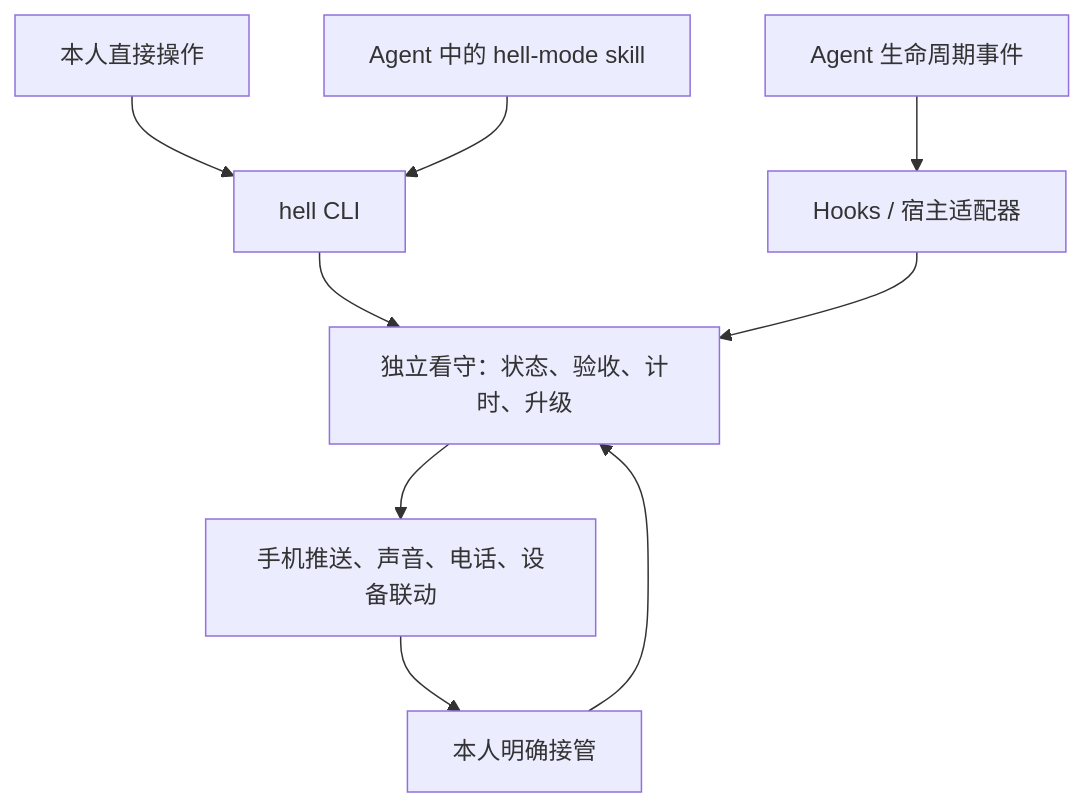
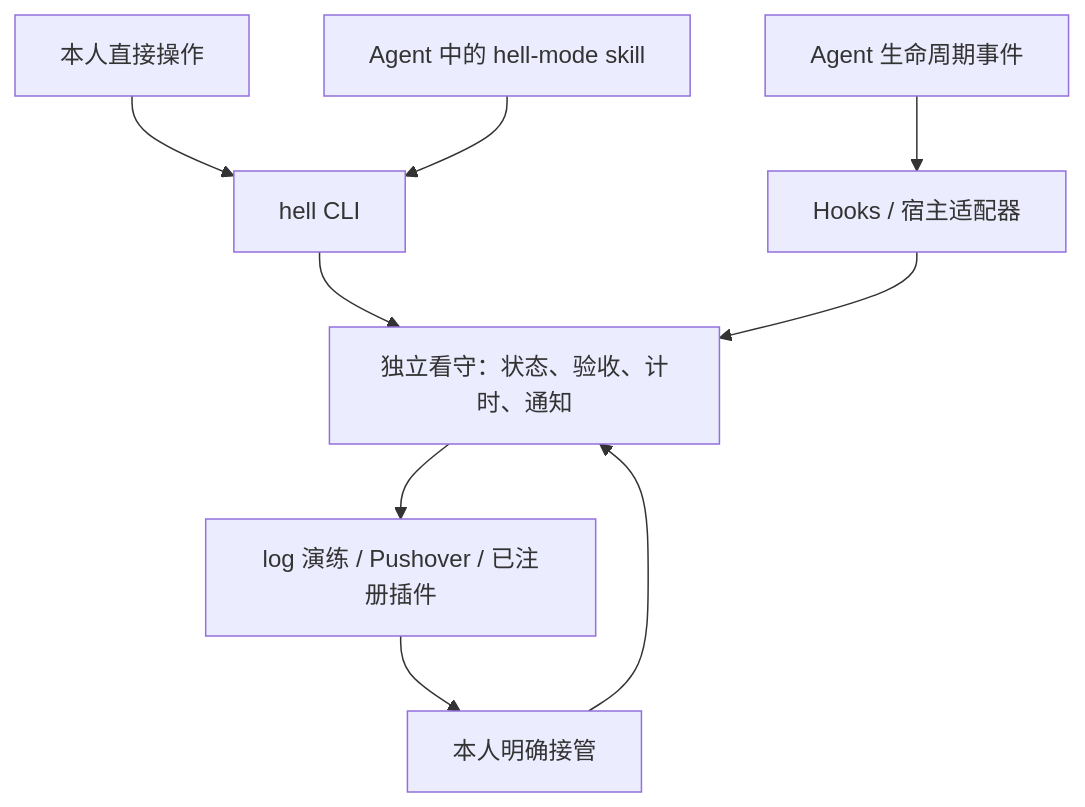
One commit to dszdsxc19/hell-mode changed the diagram in README.md. Above: the diagram before and after it, drawn with Mermaid. The commit also changed other lines of this file and 7 other files, not shown here.

````diff
--- a/README.md
+++ b/README.md
@@ -106,11 +77,11 @@
 ```mermaid
 flowchart TD
     Human[本人直接操作] --> CLI[hell CLI]
     Skill[Agent 中的 hell-mode skill] --> CLI
     Agent[Agent 生命周期事件] --> Hooks[Hooks / 宿主适配器]
-    CLI --> Watchdog[独立看守：状态、验收、计时、升级]
+    CLI --> Watchdog[独立看守：状态、验收、计时、通知]
     Hooks --> Watchdog
-    Watchdog --> Channels[手机推送、声音、电话、设备联动]
+    Watchdog --> Channels[log 演练 / Pushover / 已注册插件]
     Channels --> Takeover[本人明确接管]
     Takeover --> Watchdog
 ```
````
